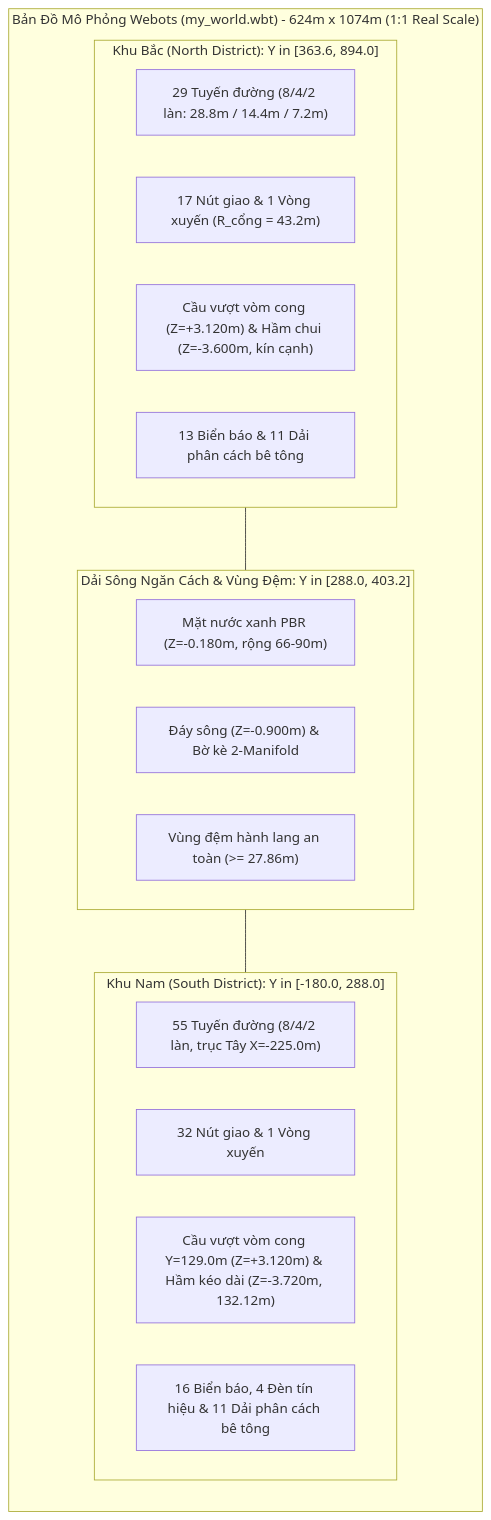
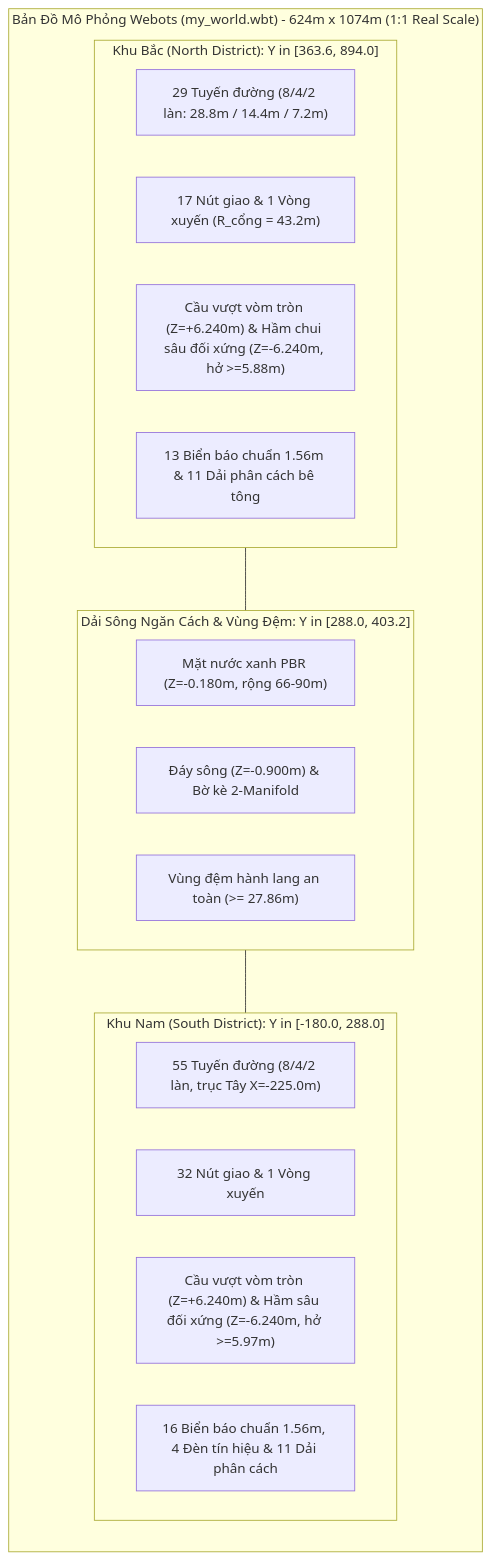
Before and after one commit to truogn05/Autonomous-Self-Driving-Car: the first of 2 diagrams in map.md, drawn with Mermaid. The commit also changed other lines of this file and 19 other files, not shown here.

Commit message:
sửa lại cầu, hầm

````diff
--- a/map.md
+++ b/map.md
@@ -20,28 +20,28 @@
 ```mermaid
 graph TD
     subgraph TOAN_BO_THE_GIOI ["Bản Đồ Mô Phỏng Webots (my_world.wbt) - 624m x 1074m (1:1 Real Scale)"]
         direction TB
         subgraph KHU_BAC ["Khu Bắc (North District): Y in [363.6, 894.0]"]
             NB_ROADS["29 Tuyến đường (8/4/2 làn: 28.8m / 14.4m / 7.2m)"]
             NB_JUNCS["17 Nút giao & 1 Vòng xuyến (R_cổng = 43.2m)"]
-            NB_SPECIAL["Cầu vượt vòm cong (Z=+3.120m) & Hầm chui (Z=-3.600m, kín cạnh)"]
-            NB_SIGNS["13 Biển báo & 11 Dải phân cách bê tông"]
+            NB_SPECIAL["Cầu vượt vòm tròn (Z=+6.240m) & Hầm chui sâu đối xứng (Z=-6.240m, hở >=5.88m)"]
+            NB_SIGNS["13 Biển báo chuẩn 1.56m & 11 Dải phân cách bê tông"]
         end
         
         subgraph SONG ["Dải Sông Ngăn Cách & Vùng Đệm: Y in [288.0, 403.2]"]
             RIVER_WATER["Mặt nước xanh PBR (Z=-0.180m, rộng 66-90m)"]
             RIVER_BED["Đáy sông (Z=-0.900m) & Bờ kè 2-Manifold"]
             BUFFER["Vùng đệm hành lang an toàn (>= 27.86m)"]
         end
         
         subgraph KHU_NAM ["Khu Nam (South District): Y in [-180.0, 288.0]"]
             SB_ROADS["55 Tuyến đường (8/4/2 làn, trục Tây X=-225.0m)"]
             SB_JUNCS["32 Nút giao & 1 Vòng xuyến"]
-            SB_SPECIAL["Cầu vượt vòm cong Y=129.0m (Z=+3.120m) & Hầm kéo dài (Z=-3.720m, 132.12m)"]
-            SB_SIGNS["16 Biển báo, 4 Đèn tín hiệu & 11 Dải phân cách bê tông"]
+            SB_SPECIAL["Cầu vượt vòm tròn (Z=+6.240m) & Hầm sâu đối xứng (Z=-6.240m, hở >=5.97m)"]
+            SB_SIGNS["16 Biển báo chuẩn 1.56m, 4 Đèn tín hiệu & 11 Dải phân cách"]
         end
     end
     
     KHU_BAC --- SONG
     SONG --- KHU_NAM
 ```
````
